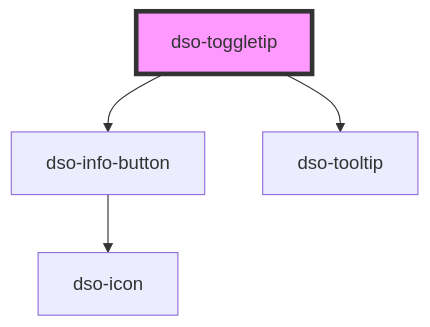
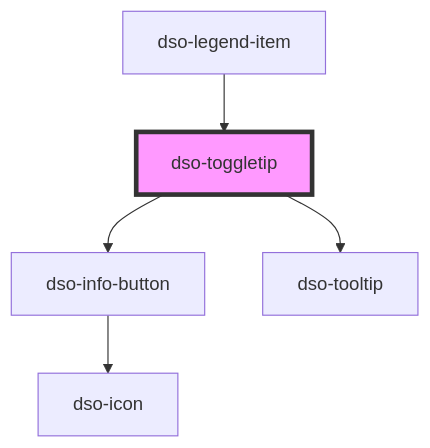
One commit to dso-toolkit/dso-toolkit changed the diagram in packages/core/src/components/toggletip/readme.md. Above: the diagram before and after it, drawn with Mermaid. The commit also changed other lines of this file and 8 other files, not shown here.

Commit message:
#2515 Show Toggletip for disabled Legend Item

````diff
--- a/packages/core/src/components/toggletip/readme.md
+++ b/packages/core/src/components/toggletip/readme.md
@@ -24,7 +28,8 @@
 ```mermaid
 graph TD;
   dso-toggletip --> dso-info-button
   dso-toggletip --> dso-tooltip
   dso-info-button --> dso-icon
+  dso-legend-item --> dso-toggletip
   style dso-toggletip fill:#f9f,stroke:#333,stroke-width:4px
 ```
````
